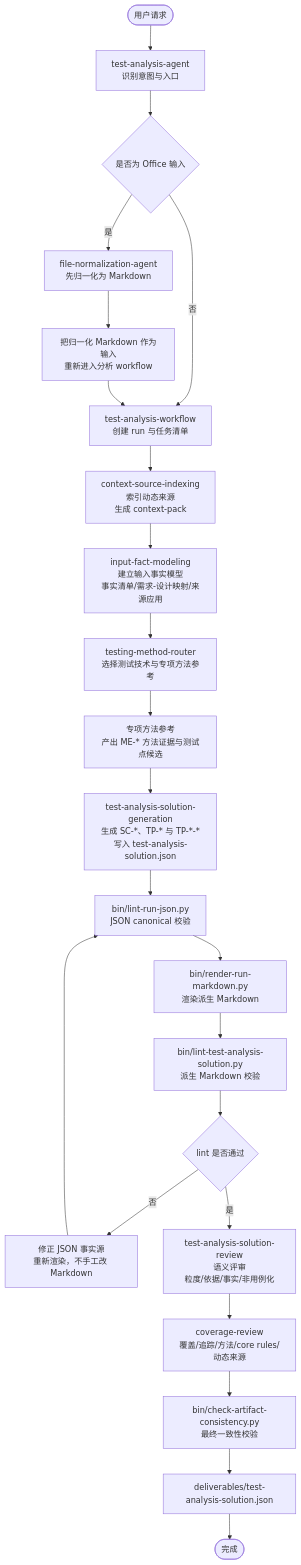
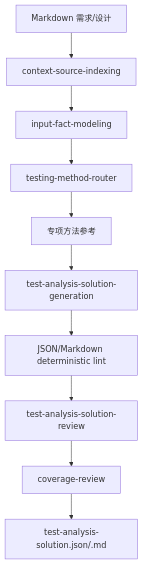
The diagram in docs/test-analysis-agent-design.md (szluoqy-byte/Test-Analysis-Agent-MM), drawn with Mermaid before and after one commit. The commit also changed other lines of this file and 129 other files, not shown here.

````diff
--- a/docs/test-analysis-agent-design.md
+++ b/docs/test-analysis-agent-design.md
@@ -103,26 +17,12 @@
 ```mermaid
 flowchart TD
-  start([用户请求])
-  start --> agent[test-analysis-agent<br/>识别意图与入口]
-  agent --> office{"是否为 Office 输入"}
-  office -- 是 --> fileAgent["file-normalization-agent<br/>先归一化为 Markdown"]
-  fileAgent --> restart["把归一化 Markdown 作为输入<br/>重新进入分析 workflow"]
-  office -- 否 --> main["test-analysis-workflow<br/>创建 run 与任务清单"]
-  restart --> main
-  main --> ctx["context-source-indexing<br/>索引动态来源<br/>生成 context-pack"]
-  ctx --> facts[input-fact-modeling<br/>建立输入事实模型<br/>事实清单/需求-设计映射/来源应用]
-  facts --> route[testing-method-router<br/>选择测试技术与专项方法参考]
-  route --> methods[专项方法参考<br/>产出 ME-* 方法证据与测试点候选]
-  methods --> analysis[test-analysis-solution-generation<br/>生成 SC-*、TP-* 与 TP-*-*<br/>写入 test-analysis-solution.json]
-  analysis --> jsonLint[bin/lint-run-json.py<br/>JSON canonical 校验]
-  jsonLint --> render[bin/render-run-markdown.py<br/>渲染派生 Markdown]
-  render --> lint[bin/lint-test-analysis-solution.py<br/>派生 Markdown 校验]
-  lint --> lintDecision{lint 是否通过}
-  lintDecision -- 否 --> fix[修正 JSON 事实源<br/>重新渲染，不手工改 Markdown]
-  fix --> jsonLint
-  lintDecision -- 是 --> review[test-analysis-solution-review<br/>语义评审<br/>粒度/依据/事实/非用例化]
-  review --> coverage[coverage-review<br/>覆盖/追踪/方法/core rules/动态来源]
-  coverage --> consistency[bin/check-artifact-consistency.py<br/>最终一致性校验]
-  consistency --> output[deliverables/test-analysis-solution.json]
-  output --> finish([完成])
+  input["Markdown 需求/设计"] --> context["context-source-indexing"]
+  context --> facts["input-fact-modeling"]
+  facts --> router["testing-method-router"]
+  router --> methods["专项方法参考"]
+  methods --> generation["test-analysis-solution-generation"]
+  generation --> lint["JSON/Markdown deterministic lint"]
+  lint --> review["test-analysis-solution-review"]
+  review --> coverage["coverage-review"]
+  coverage --> output["test-analysis-solution.json/.md"]
 ```
````
